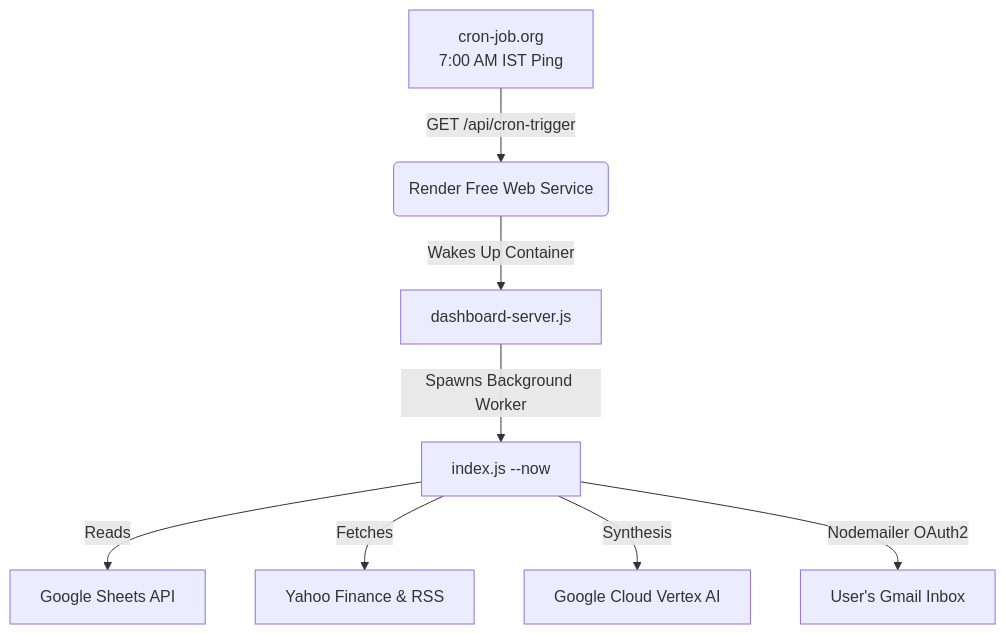
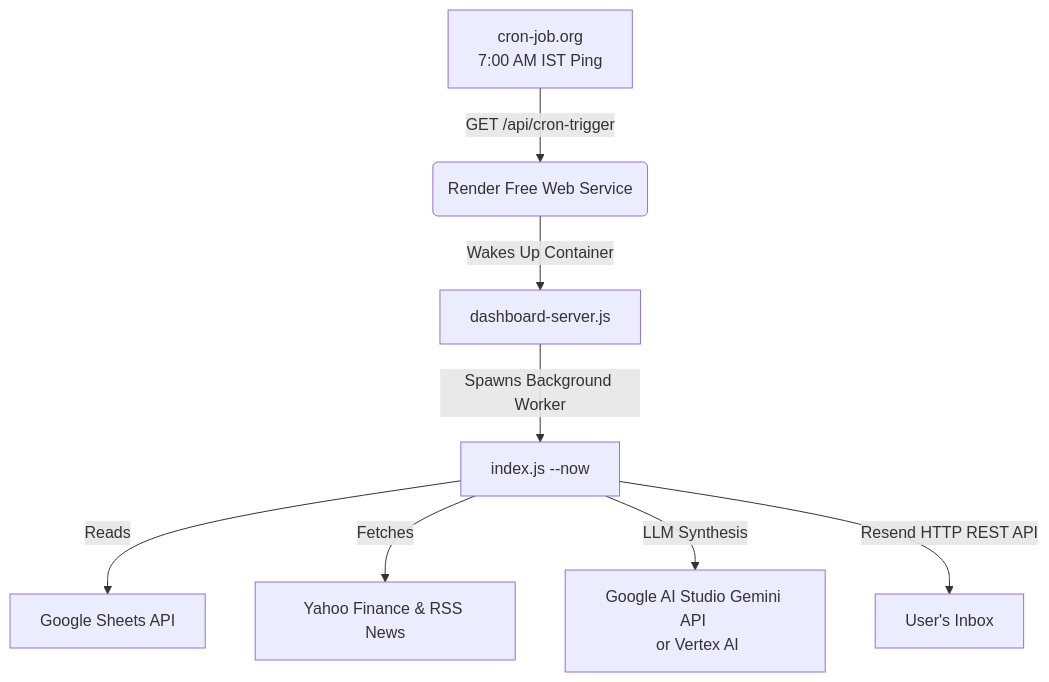
One commit to SreeharshaMansani/stock-intelligence changed the diagram in README.md. Above: the diagram before and after it, drawn with Mermaid. The commit also changed other lines of this file, not shown here.

````diff
--- a/README.md
+++ b/README.md
@@ -11,10 +11,10 @@
 ```mermaid
 graph TD
     A[cron-job.org <br> 7:00 AM IST Ping] -- GET /api/cron-trigger --> B(Render Free Web Service)
     B -- Wakes Up Container --> C[dashboard-server.js]
     C -- Spawns Background Worker --> D[index.js --now]
     D -- Reads --> E[Google Sheets API]
-    D -- Fetches --> F[Yahoo Finance & RSS]
-    D -- Synthesis --> G[Google Cloud Vertex AI]
-    D -- Nodemailer OAuth2 --> H[User's Gmail Inbox]
+    D -- Fetches --> F[Yahoo Finance & RSS News]
+    D -- LLM Synthesis --> G[Google AI Studio Gemini API <br> or Vertex AI]
+    D -- Resend HTTP REST API --> H[User's Inbox]
 ```
````
